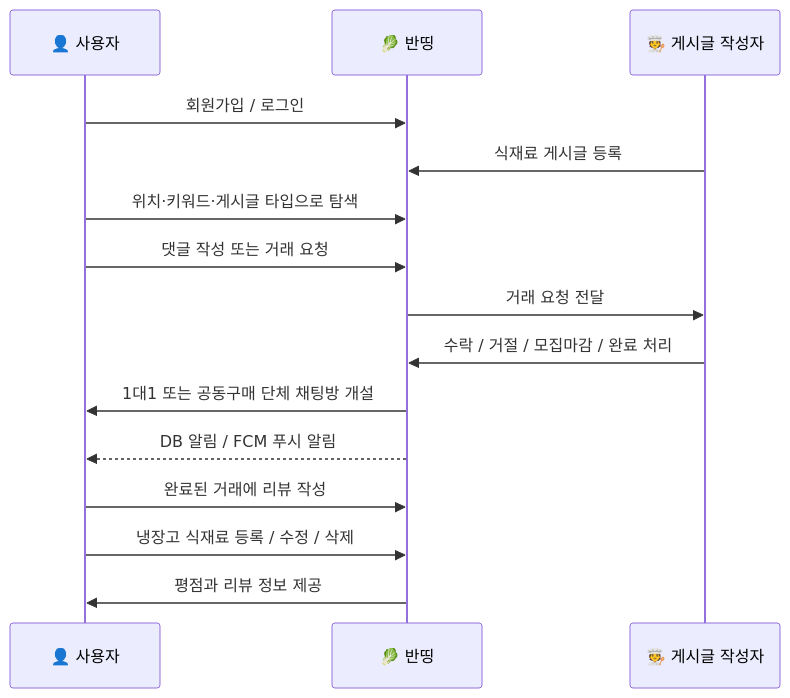
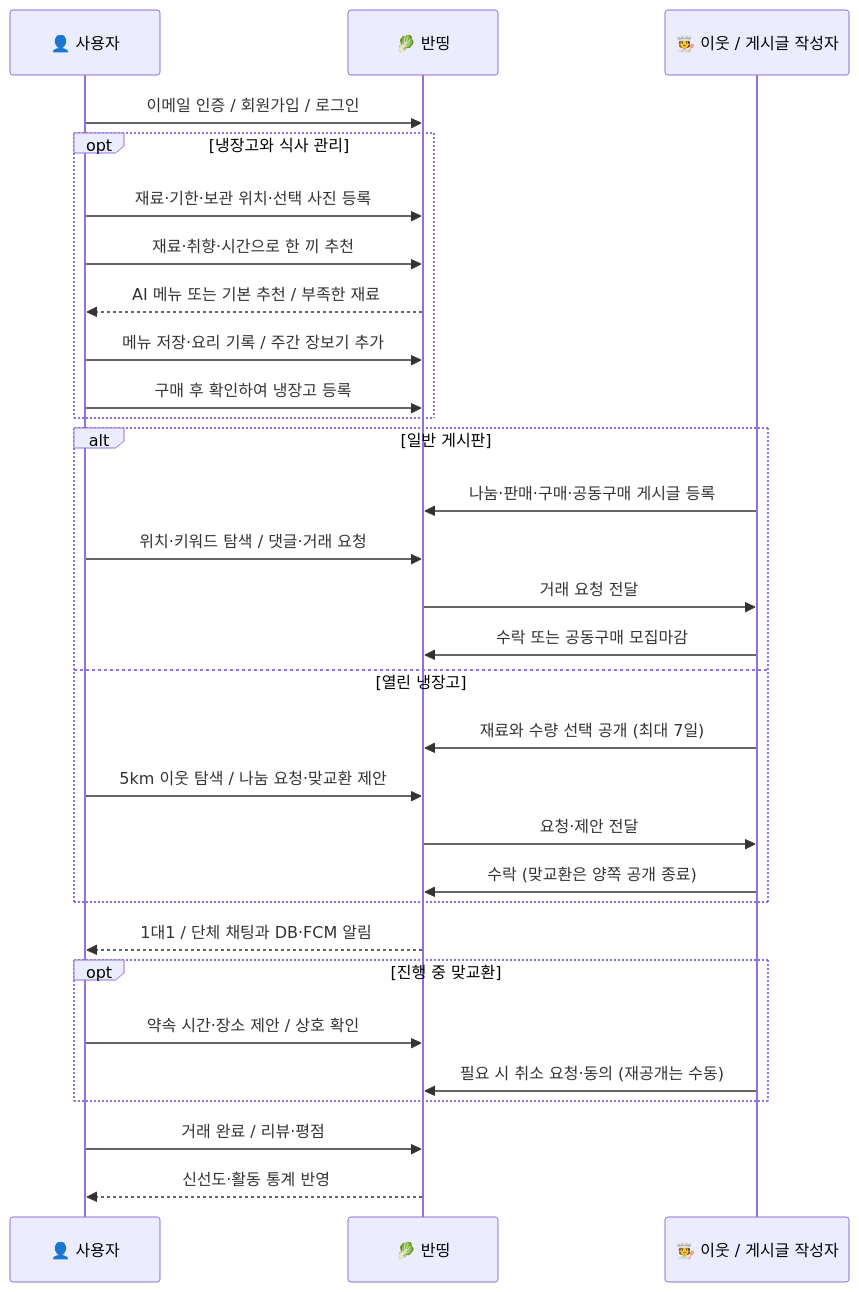
One commit to hjs7115/foodshare changed the first of 2 diagrams in README.md. Above: the diagram before and after it, drawn with Mermaid. The commit also changed other lines of this file and 8 other files, not shown here.

Commit message:
docs: align README and diagrams with current production implementation

````diff
--- a/README.md
+++ b/README.md
@@ -77,18 +86,32 @@
 ```mermaid
 sequenceDiagram
     participant 사용자 as 👤 사용자
     participant 반띵 as 🥬 반띵
-    participant 작성자 as 🧑‍🍳 게시글 작성자
-
-    사용자->>반띵: 회원가입 / 로그인
-    작성자->>반띵: 식재료 게시글 등록
-    사용자->>반띵: 위치·키워드·게시글 타입으로 탐색
-    사용자->>반띵: 댓글 작성 또는 거래 요청
-    반띵->>작성자: 거래 요청 전달
-    작성자->>반띵: 수락 / 거절 / 모집마감 / 완료 처리
-    반띵->>사용자: 1대1 또는 공동구매 단체 채팅방 개설
-    반띵-->>사용자: DB 알림 / FCM 푸시 알림
-    사용자->>반띵: 완료된 거래에 리뷰 작성
-    사용자->>반띵: 냉장고 식재료 등록 / 수정 / 삭제
-    반띵->>사용자: 평점과 리뷰 정보 제공
+    participant 작성자 as 🧑‍🍳 이웃 / 게시글 작성자
+    사용자->>반띵: 이메일 인증 / 회원가입 / 로그인
+    opt 냉장고와 식사 관리
+        사용자->>반띵: 재료·기한·보관 위치·선택 사진 등록
+        사용자->>반띵: 재료·취향·시간으로 한 끼 추천
+        반띵-->>사용자: AI 메뉴 또는 기본 추천 / 부족한 재료
+        사용자->>반띵: 메뉴 저장·요리 기록 / 주간 장보기 추가
+        사용자->>반띵: 구매 후 확인하여 냉장고 등록
+    end
+    alt 일반 게시판
+        작성자->>반띵: 나눔·판매·구매·공동구매 게시글 등록
+        사용자->>반띵: 위치·키워드 탐색 / 댓글·거래 요청
+        반띵->>작성자: 거래 요청 전달
+        작성자->>반띵: 수락 또는 공동구매 모집마감
+    else 열린 냉장고
+        작성자->>반띵: 재료와 수량 선택 공개 (최대 7일)
+        사용자->>반띵: 5km 이웃 탐색 / 나눔 요청·맞교환 제안
+        반띵->>작성자: 요청·제안 전달
+        작성자->>반띵: 수락 (맞교환은 양쪽 공개 종료)
+    end
+    반띵-->>사용자: 1대1 / 단체 채팅과 DB·FCM 알림
+    opt 진행 중 맞교환
+        사용자->>반띵: 약속 시간·장소 제안 / 상호 확인
+        작성자->>반띵: 필요 시 취소 요청·동의 (재공개는 수동)
+    end
+    사용자->>반띵: 거래 완료 / 리뷰·평점
+    반띵-->>사용자: 신선도·활동 통계 반영
 ```
````
